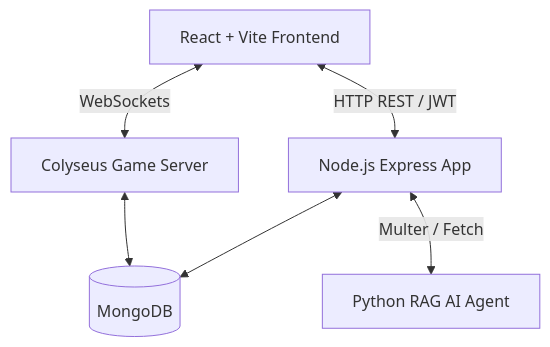
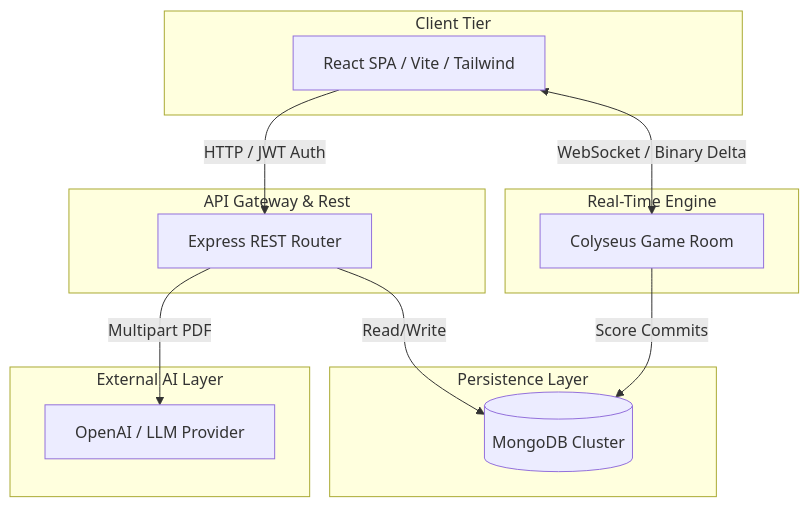
The first of 4 diagrams in README.md (VeeraVardhan35/Hashnet), drawn with Mermaid before and after one commit. The commit also changed other lines of this file, not shown here.

````diff
--- a/README.md
+++ b/README.md
@@ -10,8 +137,29 @@
 ```mermaid
 graph TD
-    Client[React + Vite Frontend] <-->|HTTP REST / JWT| Express[Node.js Express App]
-    Client <-->|WebSockets| Colyseus[Colyseus Game Server]
-    Express <--> Database[(MongoDB)]
-    Colyseus <--> Database
-    Express <-->|Multer / Fetch| PythonRAG[Python RAG AI Agent]
+    subgraph Client Tier
+        C[React SPA / Vite / Tailwind]
+    end
+
+    subgraph API Gateway & Rest
+        E[Express REST Router]
+    end
+
+    subgraph Real-Time Engine
+        CS[Colyseus Game Room]
+    end
+
+    subgraph External AI Layer
+        LLM[OpenAI / LLM Provider]
+    end
+
+    subgraph Persistence Layer
+        M[(MongoDB Cluster)]
+    end
+
+    C -->|HTTP / JWT Auth| E
+    C <-->|WebSocket / Binary Delta| CS
+    E -->|Multipart PDF| LLM
+    
+    E -->|Read/Write| M
+    CS -->|Score Commits| M
 ```
````
